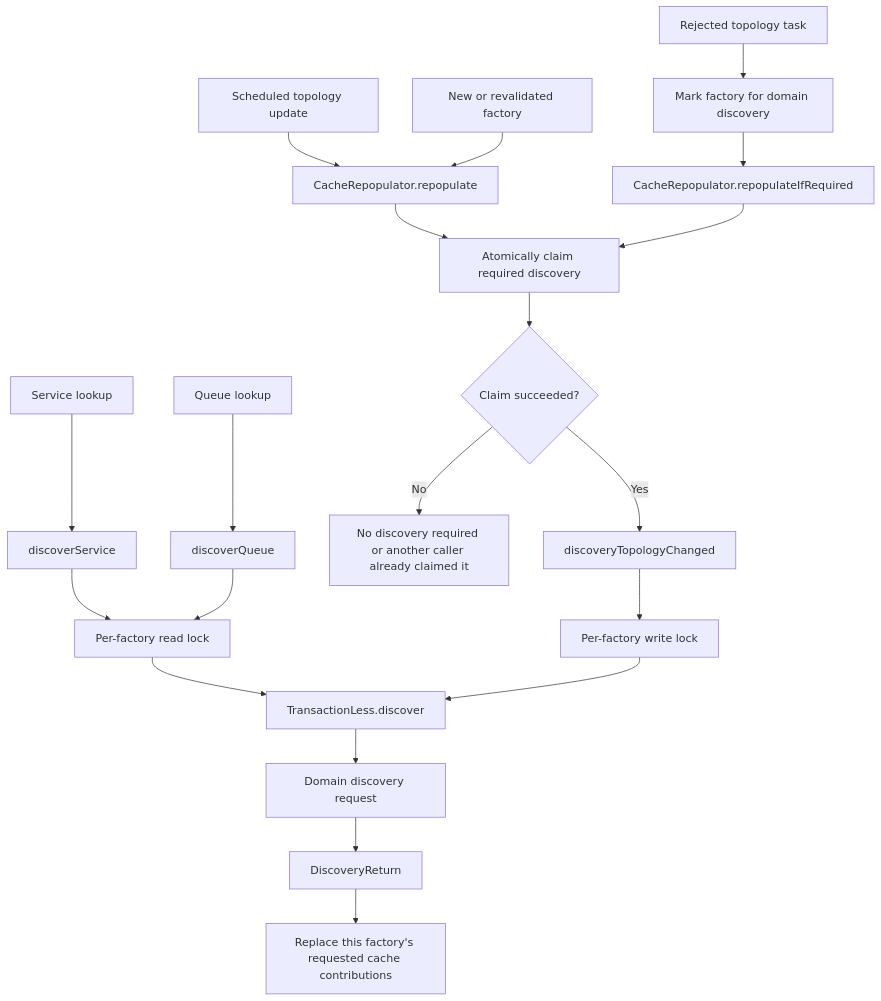
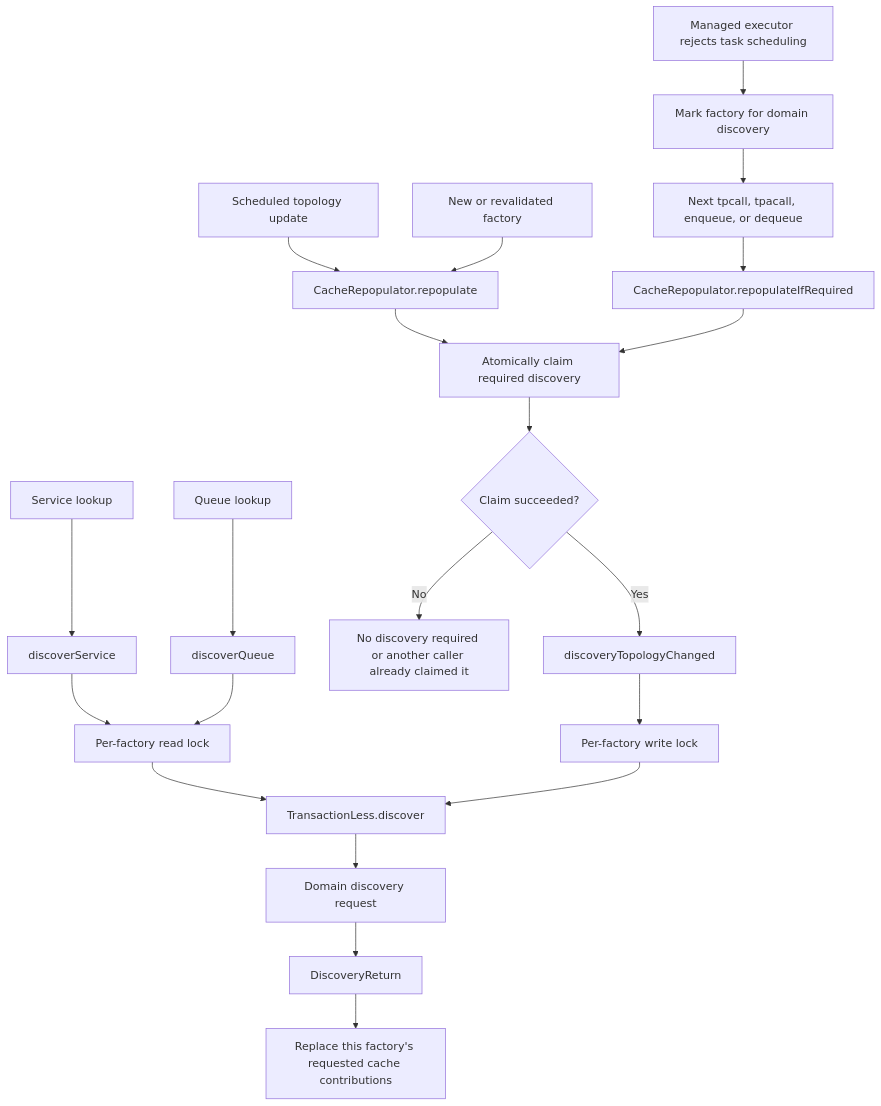
One commit to casualcore/casual-caller changed the first of 4 diagrams in domain-discovery.md. Above: the diagram before and after it, drawn with Mermaid. The commit also changed other lines of this file, not shown here.

````diff
--- a/domain-discovery.md
+++ b/domain-discovery.md
@@ -113,24 +113,25 @@
 ```mermaid
 flowchart TD
     ServiceLookup["Service lookup"] --> TargetedService["discoverService"]
     QueueLookup["Queue lookup"] --> TargetedQueue["discoverQueue"]
     TargetedService --> ReadBarrier["Per-factory read lock"]
     TargetedQueue --> ReadBarrier
 
     TopologyUpdate["Scheduled topology update"] --> Repopulate["CacheRepopulator.repopulate"]
     RevalidatedFactory["New or revalidated factory"] --> Repopulate
-    RejectedTask["Rejected topology task"] --> MarkPending["Mark factory for domain discovery"]
-    MarkPending --> RepopulateRequired["CacheRepopulator.repopulateIfRequired"]
+    RejectedTask["Managed executor rejects task scheduling"] --> MarkPending["Mark factory for domain discovery"]
+    MarkPending --> CallerBoundary["Next tpcall, tpacall, enqueue, or dequeue"]
+    CallerBoundary --> RepopulateRequired["CacheRepopulator.repopulateIfRequired"]
     Repopulate --> Claim["Atomically claim required discovery"]
     RepopulateRequired --> Claim
     Claim --> Claimed{"Claim succeeded?"}
     Claimed -- No --> AlreadyClaimed["No discovery required or another caller already claimed it"]
     Claimed -- Yes --> TopologyDiscovery["discoveryTopologyChanged"]
     TopologyDiscovery --> WriteBarrier["Per-factory write lock"]
 
     ReadBarrier --> DomainDiscovery["TransactionLess.discover"]
     WriteBarrier --> DomainDiscovery
     DomainDiscovery --> EIS["Domain discovery request"]
     EIS --> DiscoveryReturn["DiscoveryReturn"]
     DiscoveryReturn --> Replace["Replace this factory's requested cache contributions"]
 ```
````
